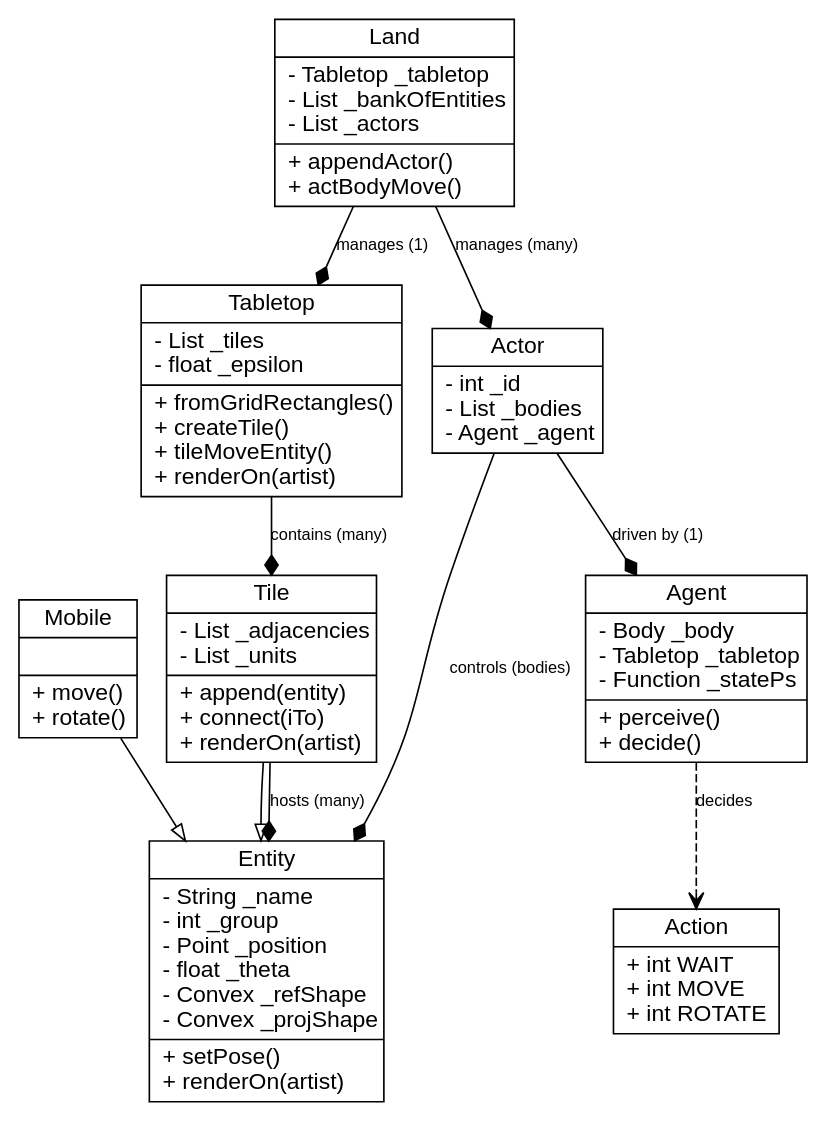
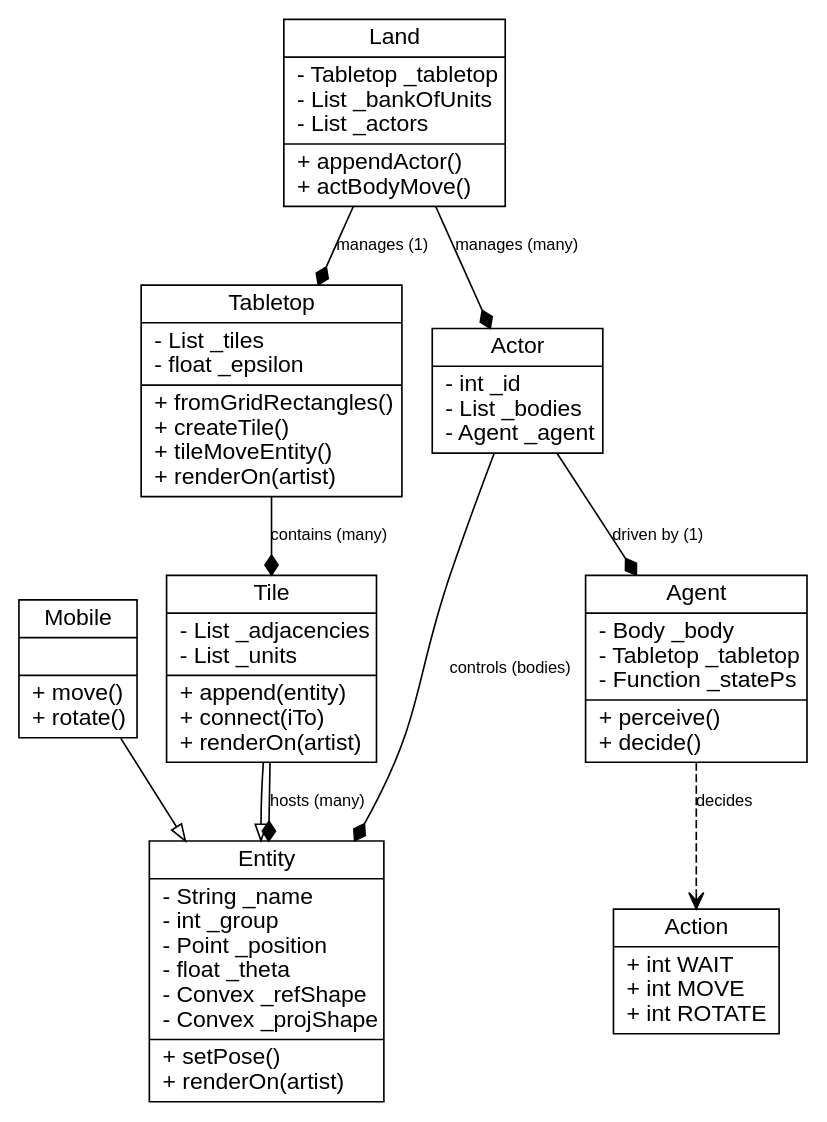
The diagram in docs/figs/diagramUML.dot (imt-mobisyst/tiledland), drawn with Graphviz before and after one commit. The commit also changed 56 other files, not shown here.

```diff
--- a/docs/figs/diagramUML.dot
+++ b/docs/figs/diagramUML.dot
@@ -1,29 +1,29 @@
 digraph TiledLand {
     node [shape=record, fontname="Arial"];
     edge [fontname="Arial", fontsize=10];
 
     // Classes
     Entity [label="{Entity|- String _name\l- int _group\l- Point _position\l- float _theta\l- Convex _refShape\l- Convex _projShape\l|+ setPose()\l+ renderOn(artist)\l}"];
     Mobile [label="{Mobile||+ move()\l+ rotate()\l}"];
     Tile [label="{Tile|- List _adjacencies\l- List _units\l|+ append(entity)\l+ connect(iTo)\l+ renderOn(artist)\l}"];
     Tabletop [label="{Tabletop|- List _tiles\l- float _epsilon\l|+ fromGridRectangles()\l+ createTile()\l+ tileMoveEntity()\l+ renderOn(artist)\l}"];
-    Land [label="{Land|- Tabletop _tabletop\l- List _bankOfEntities\l- List _actors\l|+ appendActor()\l+ actBodyMove()\l}"];
+    Land [label="{Land|- Tabletop _tabletop\l- List _bankOfUnits\l- List _actors\l|+ appendActor()\l+ actBodyMove()\l}"];
     Actor [label="{Actor|- int _id\l- List _bodies\l- Agent _agent\l}"];
     Agent [label="{Agent|- Body _body\l- Tabletop _tabletop\l- Function _statePs\l|+ perceive()\l+ decide()\l}"];
     Action [label="{Action|+ int WAIT\l+ int MOVE\l+ int ROTATE\l}"];
 
     // Inheritance (empty arrow for generalization)
     Mobile -> Entity [arrowhead=empty];
     Tile -> Entity [arrowhead=empty];
 
     // Composition/Aggregation
     Tabletop -> Tile [label="contains (many)", arrowhead=diamond];
     Land -> Tabletop [label="manages (1)", arrowhead=diamond];
     Land -> Actor [label="manages (many)", arrowhead=diamond];
     Actor -> Entity [label="controls (bodies)", arrowhead=diamond];
     Actor -> Agent [label="driven by (1)", arrowhead=diamond];
     Tile -> Entity [label="hosts (many)", arrowhead=diamond];
     
     // Dependency
     Agent -> Action [label="decides", style=dashed, arrowhead=vee];
 }
```
